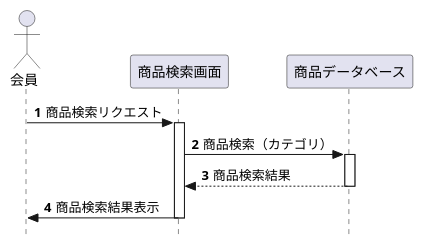
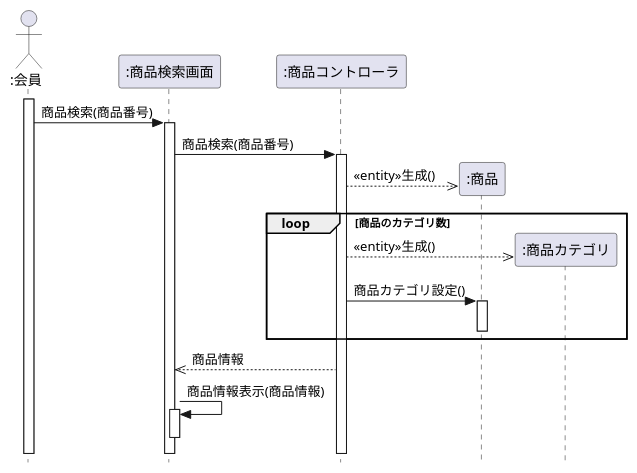
One commit to minowa-s/uml-intro changed the diagram in 演習/演習4-5_SD_商品情報検索.pu. Above: the diagram before and after it, drawn with PlantUML. The commit also changed 1 other file, not shown here.

```diff
--- a/演習/演習4-5_SD_商品情報検索.pu
+++ b/演習/演習4-5_SD_商品情報検索.pu
@@ -1,22 +1,31 @@
 @startuml 演習4-5
- 'メッセージに自動で番号を降る
- autonumber
- ' 厳密なUMLに準拠する
 skinparam style strictuml
-actor 会員
-participant 商品検索画面
-participant 商品データベース
 
-会員 -> 商品検索画面: 商品検索リクエスト
-activate 商品検索画面
+actor ":会員" as user
+participant ":商品検索画面" as screen
+participant ":商品コントローラ" as control
+participant ":商品" as entity
 
-商品検索画面 -> 商品データベース: 商品検索（カテゴリ）
-activate 商品データベース
+activate user
+user -> screen : 商品検索(商品番号)
+activate screen
+screen -> control : 商品検索(商品番号)
+activate control
+create entity
+control -->> entity :<<entity>>生成()
 
-商品データベース --> 商品検索画面: 商品検索結果
-deactivate 商品データベース
+loop 商品のカテゴリ数
+create ":商品カテゴリ" as category
+control -->> category : <<entity>>生成()
+control -> entity : 商品カテゴリ設定()
+activate entity
+deactivate entity
 
-商品検索画面 -> 会員: 商品検索結果表示
-deactivate 商品検索画面
+end loop
 
+screen <<-- control : 商品情報
+screen  -> screen : 商品情報表示(商品情報)
+activate screen
+
+deactivate 
 @enduml
```
